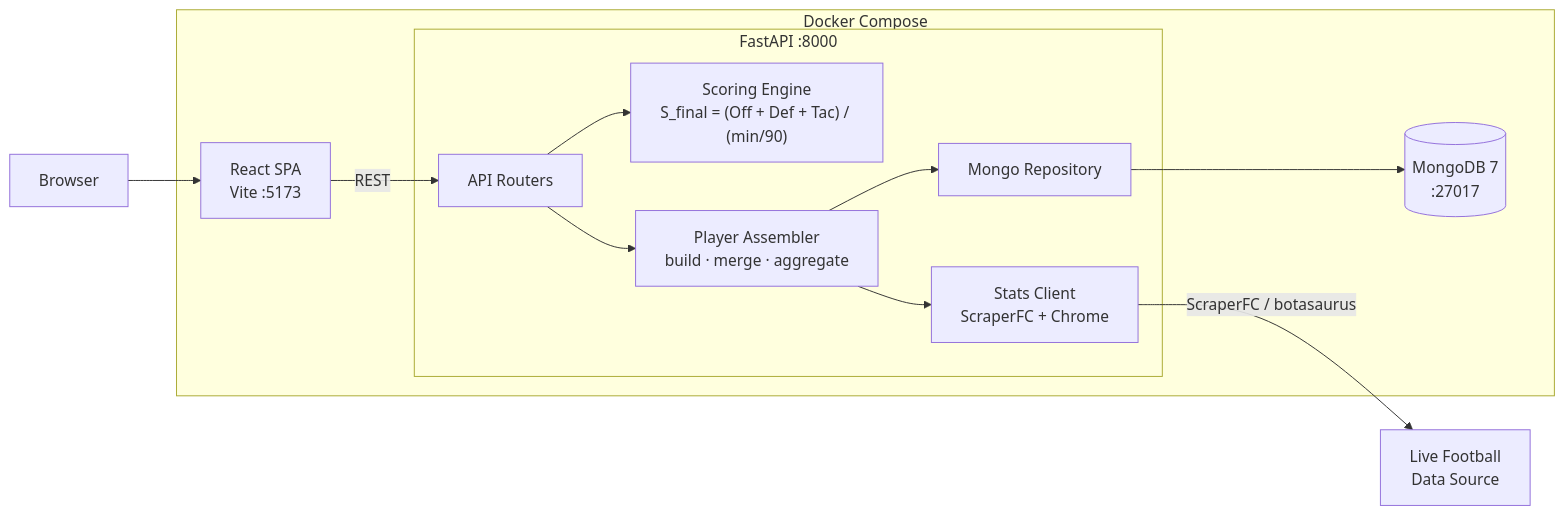
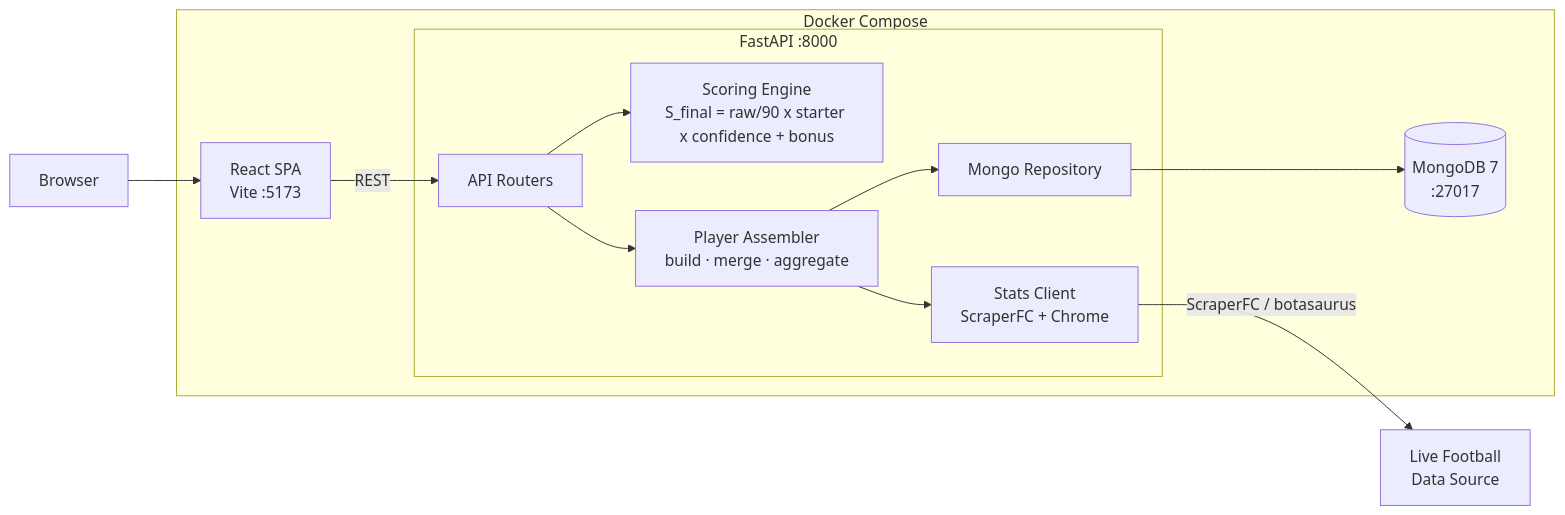
The diagram in README.md (YonatanHen/Football-Analytics), drawn with Mermaid before and after one commit. The commit also changed other lines of this file, not shown here.

First line of the commit message:
docs: document the defensive metrics and correct the stale S_final formula

````diff
--- a/README.md
+++ b/README.md
@@ -32,27 +32,27 @@
 ```mermaid
 flowchart LR
     User["Browser"]
 
     subgraph Docker["Docker Compose"]
         FE["React SPA\nVite :5173"]
         subgraph Backend["FastAPI :8000"]
             API["API Routers"]
-            SE["Scoring Engine\nS_final = (Off + Def + Tac) / (min/90)"]
+            SE["Scoring Engine\nS_final = raw/90 x starter x confidence + bonus"]
             PA["Player Assembler\nbuild · merge · aggregate"]
             SC["Stats Client\nScraperFC + Chrome"]
             MR["Mongo Repository"]
         end
         DB[("MongoDB 7\n:27017")]
     end
 
     EXT["Live Football\nData Source"]
 
     User --> FE
     FE -- REST --> API
     API --> SE
     API --> PA
     PA --> SC
     PA --> MR
     MR --> DB
     SC -- "ScraperFC / botasaurus" --> EXT
 ```
````
